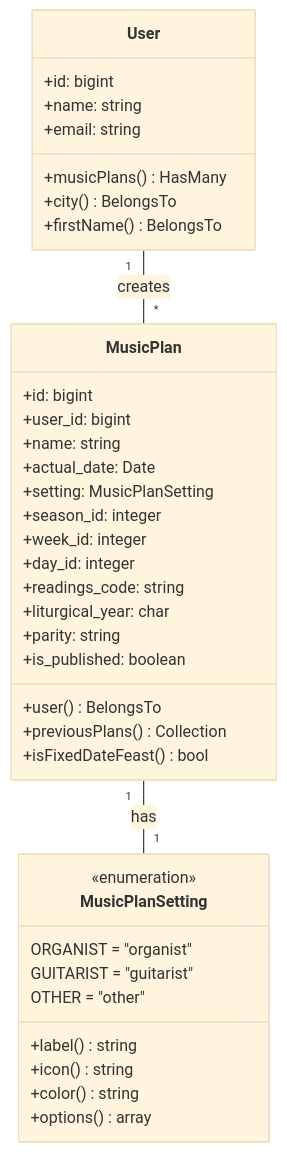
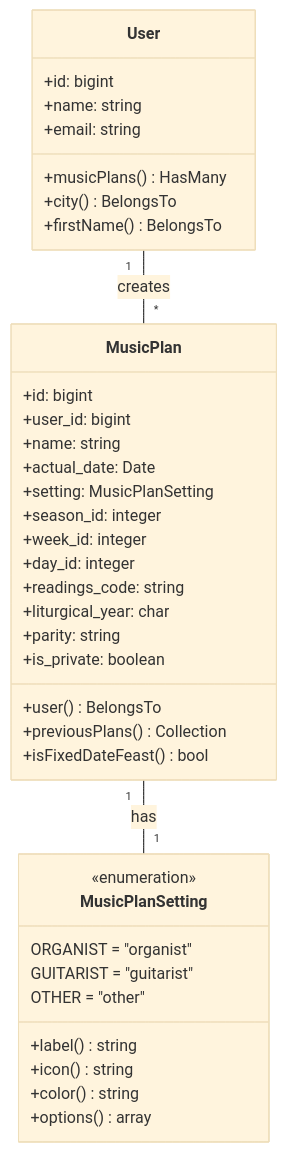
One commit to szentjozsefhackathon/cantores changed the third of 3 diagrams in plans/musicplan-diagram.md. Above: the diagram before and after it, drawn with Mermaid (base theme). The commit also changed other lines of this file and 8 other files, not shown here.

Commit message:
feat: rename is_published to is_private across models and update related logic

````diff
--- a/plans/musicplan-diagram.md
+++ b/plans/musicplan-diagram.md
@@ -78,43 +78,43 @@
 ```mermaid
 classDiagram
     class User {
         +id: bigint
         +name: string
         +email: string
         +musicPlans() HasMany
         +city() BelongsTo
         +firstName() BelongsTo
     }
     
     class MusicPlan {
         +id: bigint
         +user_id: bigint
         +name: string
         +actual_date: Date
         +setting: MusicPlanSetting
         +season_id: integer
         +week_id: integer
         +day_id: integer
         +readings_code: string
         +liturgical_year: char
         +parity: string
-        +is_published: boolean
+        +is_private: boolean
         +user() BelongsTo
         +previousPlans() Collection
         +isFixedDateFeast() bool
     }
     
     class MusicPlanSetting {
         <<enumeration>>
         ORGANIST = "organist"
         GUITARIST = "guitarist"
         OTHER = "other"
         +label() string
         +icon() string
         +color() string
         +options() array
     }
     
     User "1" -- "*" MusicPlan : creates
     MusicPlan "1" -- "1" MusicPlanSetting : has
 ```
````
